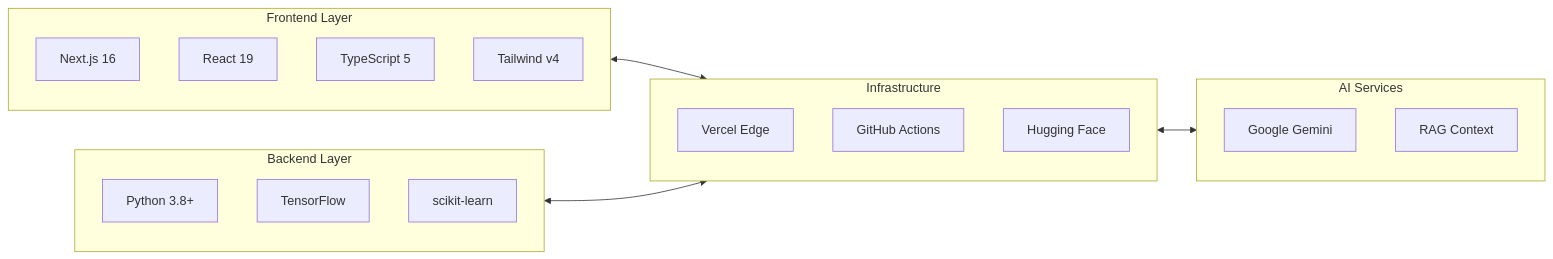
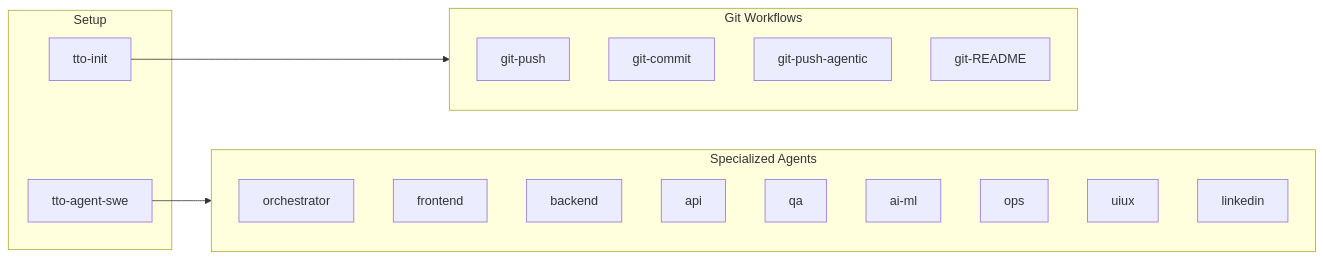
One commit to thomas-to-bcheme/thomas-to-bcheme changed the sixth of 8 diagrams in README.md. Above: the diagram before and after it, drawn with Mermaid. The commit also changed other lines of this file, not shown here.

First line of the commit message:
Refactor README with improved Mermaid visualizations

````diff
--- a/README.md
+++ b/README.md
@@ -512,34 +309,29 @@
 ```mermaid
 flowchart LR
-    subgraph Frontend["Frontend Layer"]
-        direction TB
-        NextJS[Next.js 16]
-        React[React 19]
-        TS[TypeScript 5]
-        Tailwind[Tailwind v4]
+    subgraph Git["Git Workflows"]
+        GP[git-push]
+        GC[git-commit]
+        GPA[git-push-agentic]
+        GR[git-README]
     end
 
-    subgraph Backend["Backend Layer"]
-        direction TB
-        Python[Python 3.8+]
-        TF[TensorFlow]
-        SKL[scikit-learn]
+    subgraph Agents["Specialized Agents"]
+        ORCH[orchestrator]
+        FE[frontend]
+        BE[backend]
+        API[api]
+        QA[qa]
+        ML[ai-ml]
+        OPS[ops]
+        UX[uiux]
+        LI[linkedin]
     end
 
-    subgraph Infrastructure["Infrastructure"]
-        direction TB
-        Vercel[Vercel Edge]
-        GHA[GitHub Actions]
-        HF[Hugging Face]
+    subgraph Init["Setup"]
+        INIT[tto-init]
+        SWE[tto-agent-swe]
     end
 
-    subgraph AI["AI Services"]
-        direction TB
-        Gemini[Google Gemini]
-        RAG[RAG Context]
-    end
-
-    Frontend <--> Infrastructure
-    Backend <--> Infrastructure
-    Infrastructure <--> AI
+    SWE --> Agents
+    INIT --> Git
 ```
````
